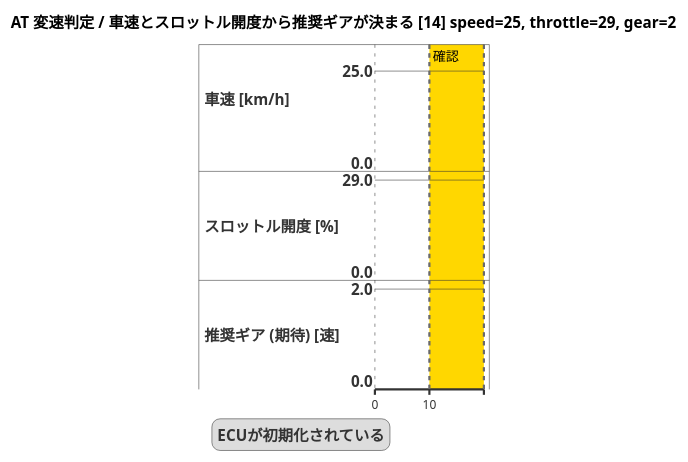
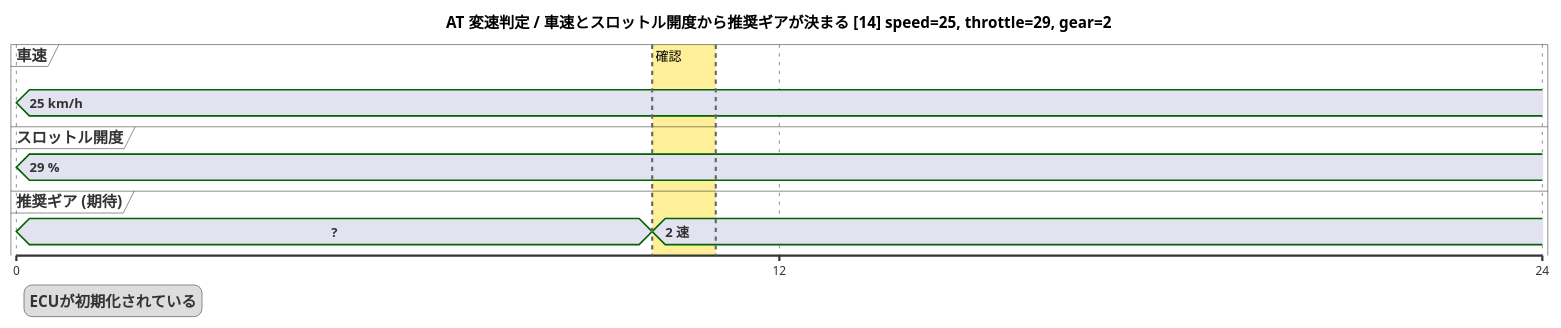
One commit to YitKubo/poc_bdd changed the diagram in charts/at_shift/車速とスロットル開度から推奨ギアが決まる_14.puml. Above: the diagram before and after it, drawn with PlantUML. The commit also changed 89 other files, not shown here.

```diff
--- a/charts/at_shift/車速とスロットル開度から推奨ギアが決まる_14.puml
+++ b/charts/at_shift/車速とスロットル開度から推奨ギアが決まる_14.puml
@@ -1,19 +1,20 @@
 @startuml
 skinparam defaultFontName IPAGothic
 title AT 変速判定 / 車速とスロットル開度から推奨ギアが決まる [14] speed=25, throttle=29, gear=2
+scale 12 as 700 pixels
 legend left
   ECUが初期化されている
 endlegend
-analog "車速 [km/h]" between 0 and 25 as s0
-analog "スロットル開度 [%]" between 0 and 29 as s1
-analog "推奨ギア (期待) [速]" between 0 and 2 as s2
+concise "車速" as s0
+concise "スロットル開度" as s1
+concise "推奨ギア (期待)" as s2
 
 @0
-s0 is 25
-s1 is 29
+s0 is "25 km/h"
+s1 is "29 %"
+s2 is "?"
 @10
-s0 is 25
-s1 is 29
-s2 is 2
-highlight 10 to 20 #Gold;line:DimGrey : 確認
+s2 is "2 速"
+@12
+highlight 10 to 11 #FFD70066;line:DimGrey : 確認
 @enduml
```
